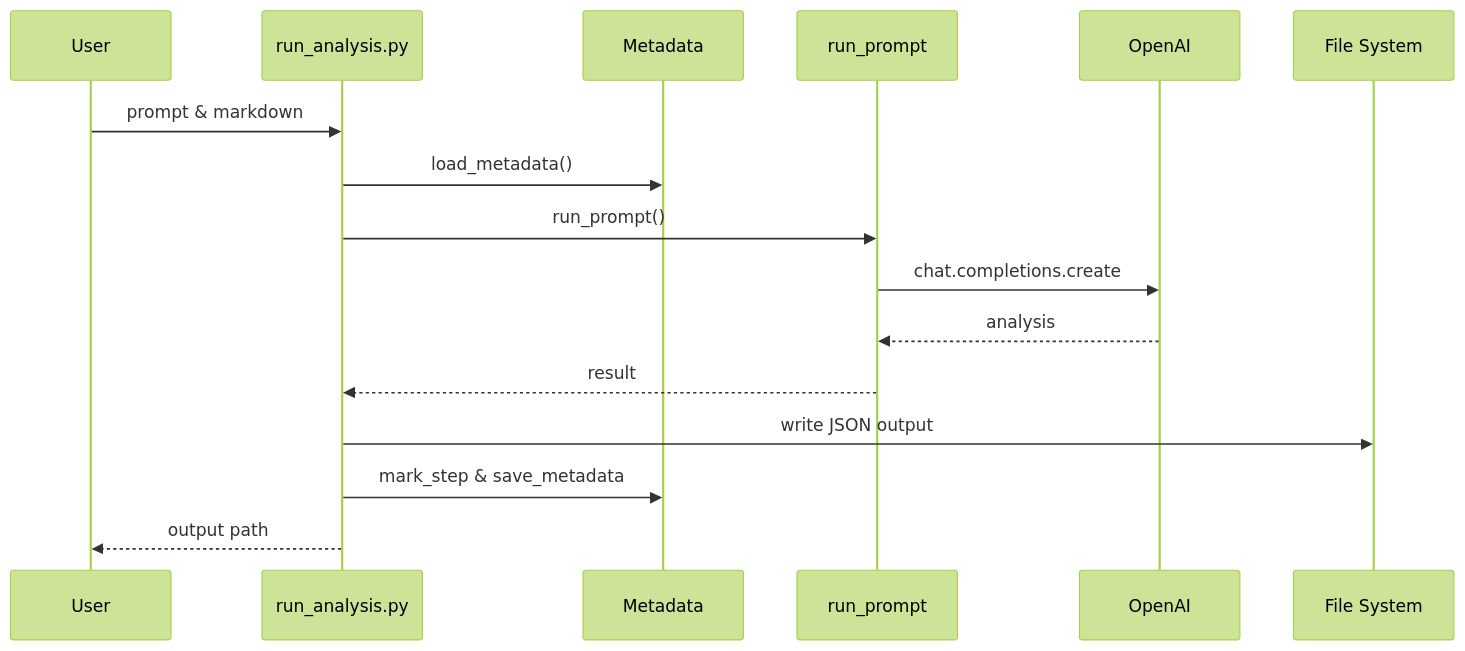
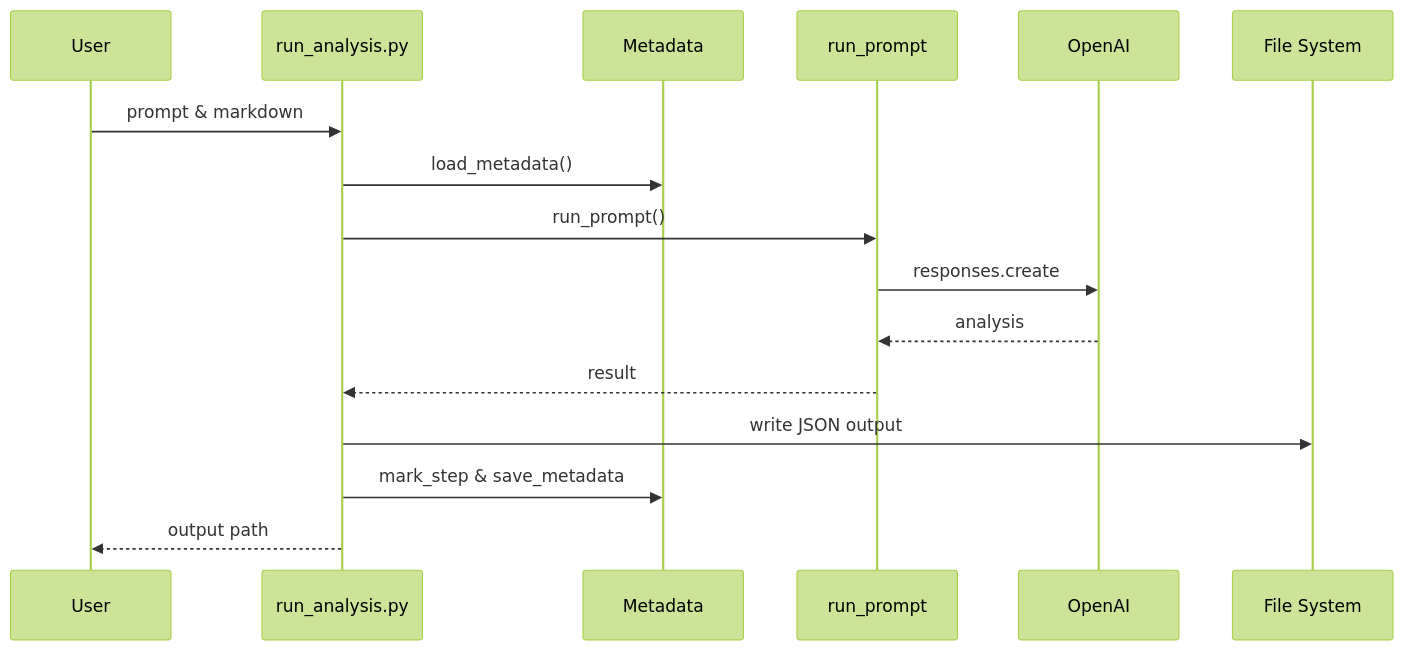
Before and after one commit to alangunning/doc-ai-analysis-starter: the third of 6 diagrams in docs/content/scripts-and-prompts.md, drawn with Mermaid (forest theme). The commit also changed other lines of this file and 6 other files, not shown here.

````diff
--- a/docs/content/scripts-and-prompts.md
+++ b/docs/content/scripts-and-prompts.md
@@ -93,18 +93,18 @@
 ```mermaid
 sequenceDiagram
     participant U as User
     participant R as run_analysis.py
     participant M as Metadata
     participant P as run_prompt
     participant O as OpenAI
     participant F as File System
     U->>R: prompt & markdown
     R->>M: load_metadata()
     R->>P: run_prompt()
-    P->>O: chat.completions.create
+    P->>O: responses.create
     O-->>P: analysis
     P-->>R: result
     R->>F: write JSON output
     R->>M: mark_step & save_metadata
     R-->>U: output path
 ```
````
